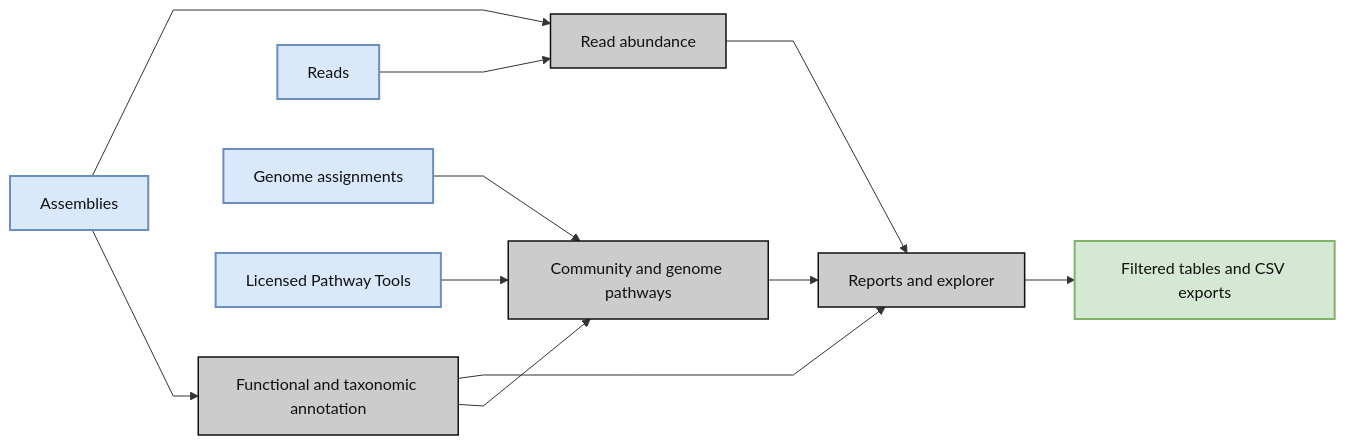
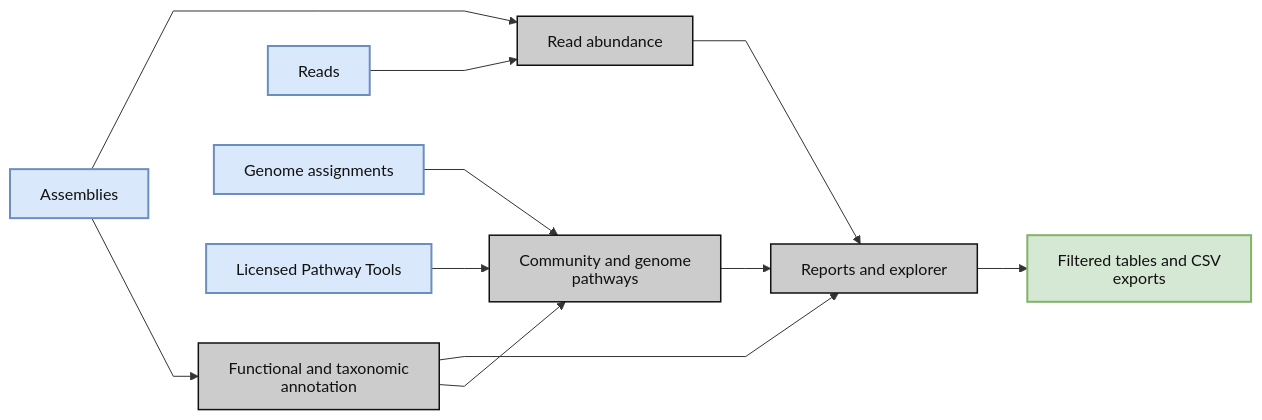
The diagram in docs/diagrams/readme.mmd (hallamlab/MetaPathways), drawn with Mermaid before and after one commit. The commit also changed 35 other files, not shown here.

```diff
--- a/docs/diagrams/readme.mmd
+++ b/docs/diagrams/readme.mmd
@@ -1,20 +1,20 @@
-%%{init: {"theme":"base","fontFamily":"Times New Roman, Times, serif","themeVariables":{"fontFamily":"Times New Roman, Times, serif","fontSize":"16px","primaryColor":"#CCCCCC","primaryTextColor":"#111111","primaryBorderColor":"#666666","secondaryColor":"#DAE8FC","tertiaryColor":"#F5F5F5","lineColor":"#333333","edgeLabelBackground":"#FFFFFF","background":"#FFFFFF"},"flowchart":{"htmlLabels":false,"curve":"linear"}}}%%
+%%{init: {"htmlLabels":false,"theme":"base","fontFamily":"Times New Roman, Times, serif","themeVariables":{"fontFamily":"Times New Roman, Times, serif","fontSize":"16px","primaryColor":"#CCCCCC","primaryTextColor":"#111111","primaryBorderColor":"#666666","secondaryColor":"#DAE8FC","tertiaryColor":"#F5F5F5","lineColor":"#333333","edgeLabelBackground":"#FFFFFF","background":"#FFFFFF"},"flowchart":{"htmlLabels":false,"curve":"linear"}}}%%
 flowchart LR
     A[Assemblies] --> B[Functional and taxonomic annotation]
     R[Reads] --> C[Read abundance]
     A --> C
     B --> D[Community and genome pathways]
     G[Genome assignments] --> D
     P[Licensed Pathway Tools] --> D
     B --> E[Reports and explorer]
     C --> E
     D --> E
     E --> F[Filtered tables and CSV exports]
     classDef module fill:#CCCCCC,stroke:#111111,stroke-width:1.5px,color:#111111;
     classDef compute fill:#F5F5F5,stroke:#666666,stroke-width:2px,color:#111111;
     classDef input fill:#DAE8FC,stroke:#6C8EBF,stroke-width:2px,color:#111111;
     classDef output fill:#D5E8D4,stroke:#82B366,stroke-width:2px,color:#111111;
     classDef data fill:#FFFFFF,stroke:#666666,stroke-width:1.5px,color:#111111;
     class A,R,G,P input;
     class B,C,D,E module;
     class F output;
```
